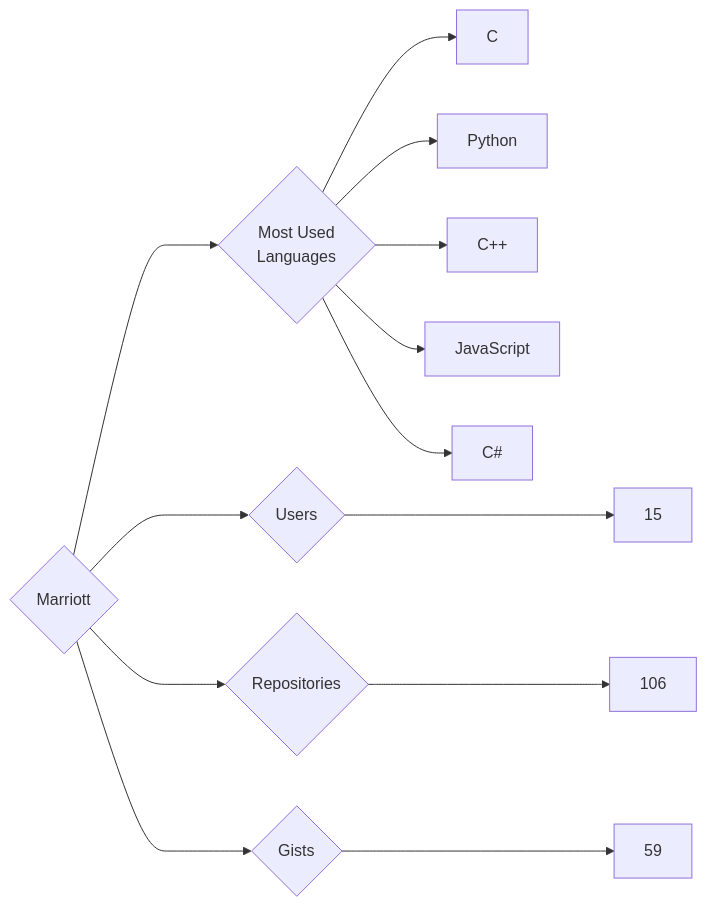
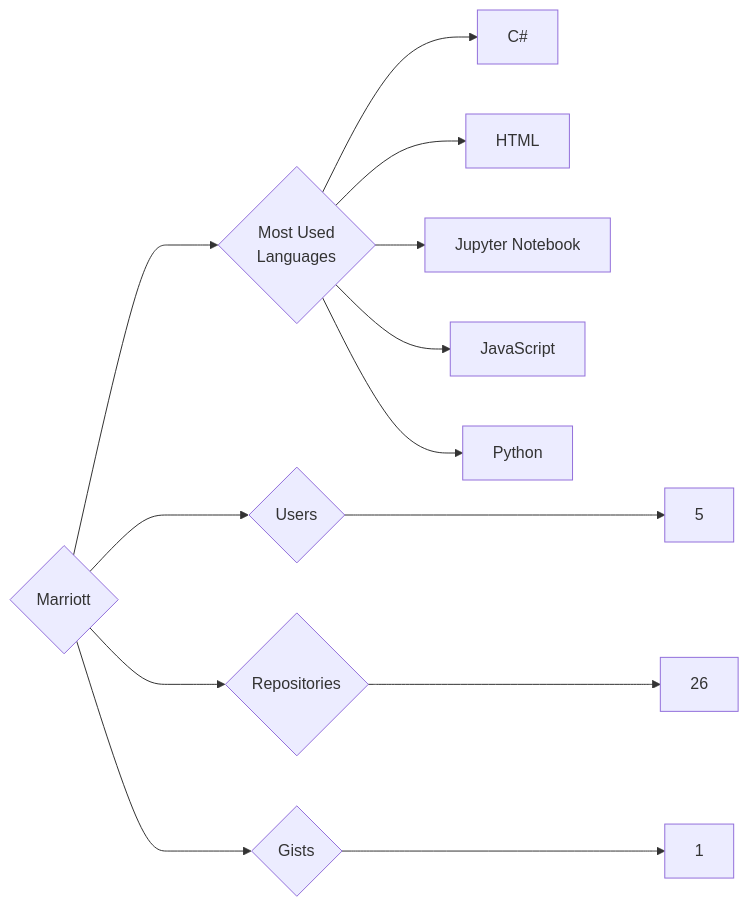
One commit to trickest/insiders changed the diagram in targets/Marriott/README.md. Above: the diagram before and after it, drawn with Mermaid. The commit also changed 815 other files, not shown here.

````diff
--- a/targets/Marriott/README.md
+++ b/targets/Marriott/README.md
@@ -3,13 +3,13 @@
 ```mermaid
 graph LR
 COMPANY_NAME{Marriott}
-COMPANY_NAME ---> U{Users} ---> UN[15]
-COMPANY_NAME ---> R{Repositories} ---> RN[106]
-COMPANY_NAME ---> G{Gists} ---> GN[59]
+COMPANY_NAME ---> U{Users} ---> UN[5]
+COMPANY_NAME ---> R{Repositories} ---> RN[26]
+COMPANY_NAME ---> G{Gists} ---> GN[1]
 COMPANY_NAME ---> ML{Most Used<br>Languages}
-ML --> C[C]
+ML --> C#[C#]
+ML --> HTML[HTML]
+ML --> Jupyter_Notebook[Jupyter Notebook]
+ML --> JavaScript[JavaScript]
 ML --> Python[Python]
-ML --> C++[C++]
-ML --> JavaScript[JavaScript]
-ML --> C#[C#]
 ```
````
